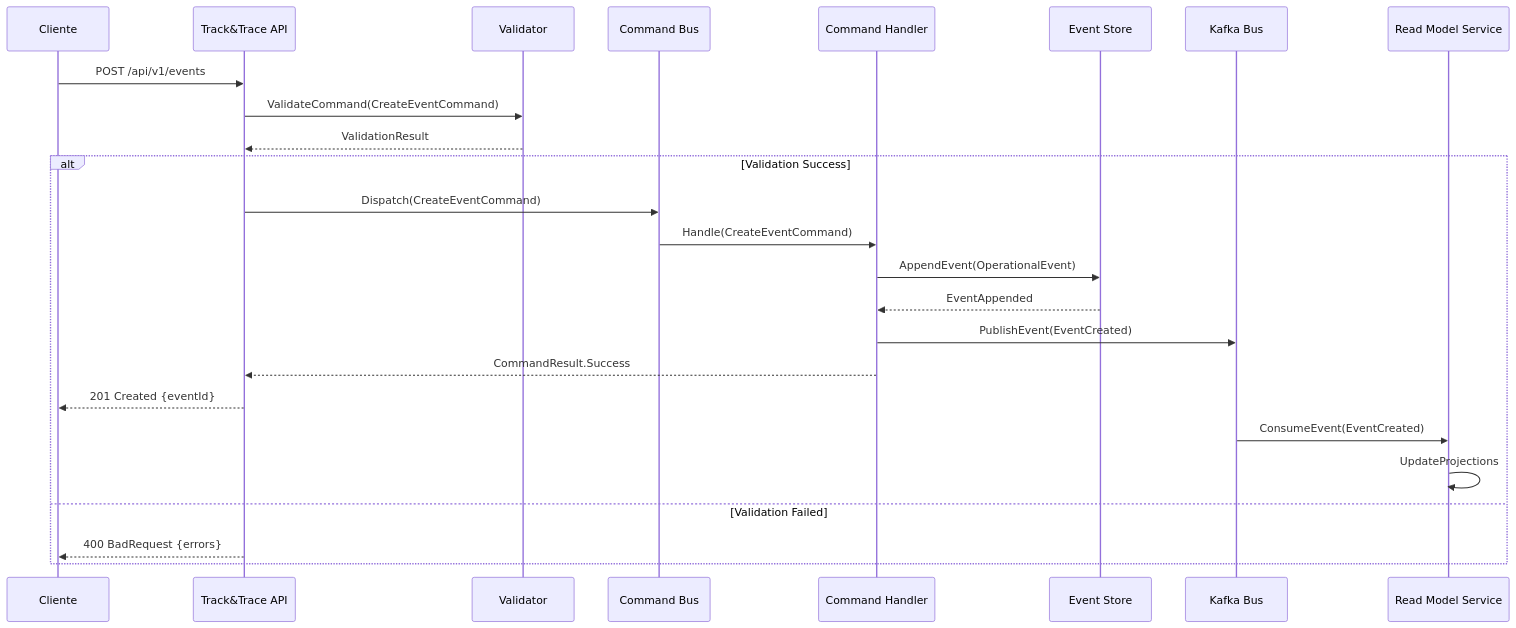
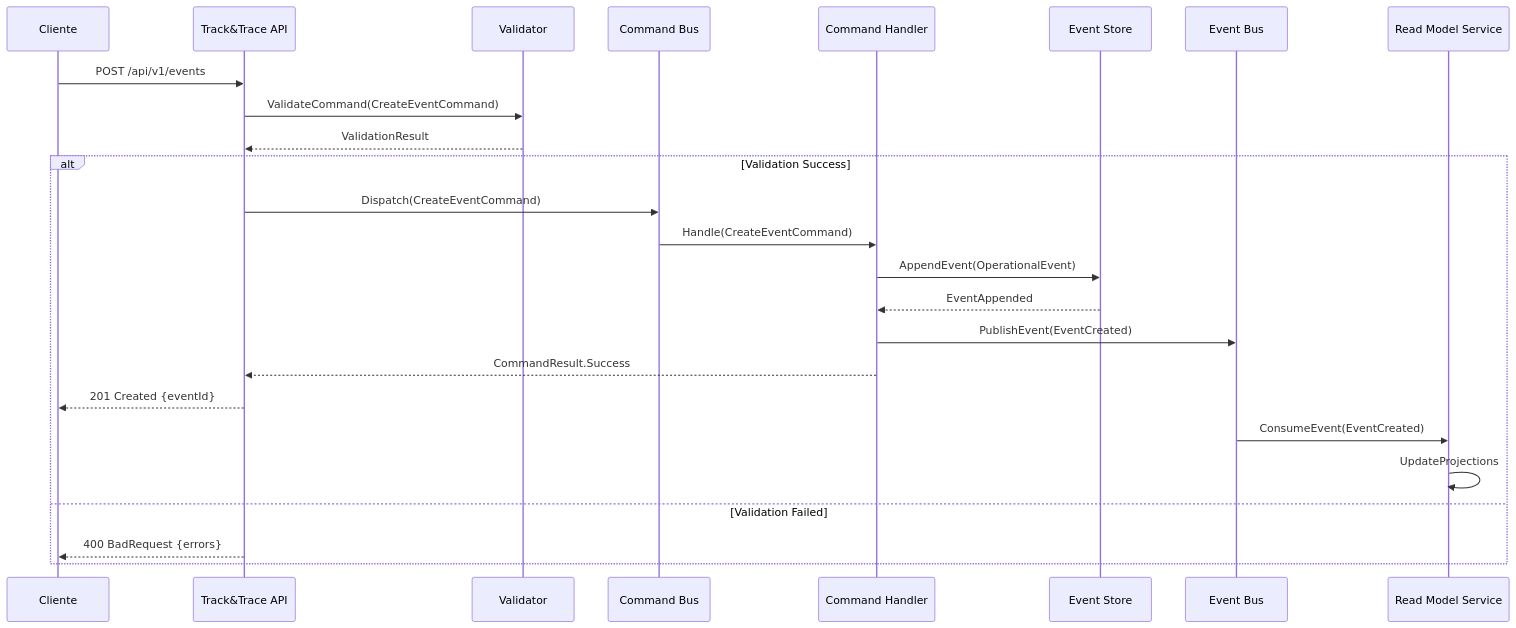
The first of 3 diagrams in docs/servicio-track-trace/06-vista-tiempo-ejecucion.md (jclemente-tlm/tlm-arq-servicios-corporativos), drawn with Mermaid before and after one commit. The commit also changed other lines of this file and 24 other files, not shown here.

````diff
--- a/docs/servicio-track-trace/06-vista-tiempo-ejecucion.md
+++ b/docs/servicio-track-trace/06-vista-tiempo-ejecucion.md
@@ -7,30 +7,30 @@
 ```mermaid
 sequenceDiagram
     participant Client as Cliente
     participant API as Track&Trace API
     participant Validator as Validator
     participant CommandBus as Command Bus
     participant Handler as Command Handler
     participant EventStore as Event Store
-    participant Kafka as Kafka Bus
+    participant EventBus as Event Bus
     participant ReadModel as Read Model Service
 
     Client->>API: POST /api/v1/events
     API->>Validator: ValidateCommand(CreateEventCommand)
     Validator-->>API: ValidationResult
 
     alt Validation Success
         API->>CommandBus: Dispatch(CreateEventCommand)
         CommandBus->>Handler: Handle(CreateEventCommand)
         Handler->>EventStore: AppendEvent(OperationalEvent)
         EventStore-->>Handler: EventAppended
-        Handler->>Kafka: PublishEvent(EventCreated)
+        Handler->>EventBus: PublishEvent(EventCreated)
         Handler-->>API: CommandResult.Success
         API-->>Client: 201 Created {eventId}
 
-        Kafka->>ReadModel: ConsumeEvent(EventCreated)
+        EventBus->>ReadModel: ConsumeEvent(EventCreated)
         ReadModel->>ReadModel: UpdateProjections
     else Validation Failed
         API-->>Client: 400 BadRequest {errors}
     end
 ```
````
